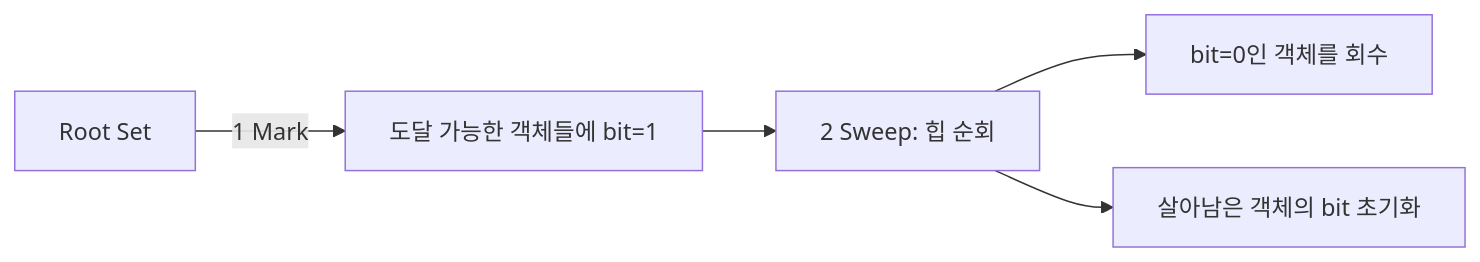
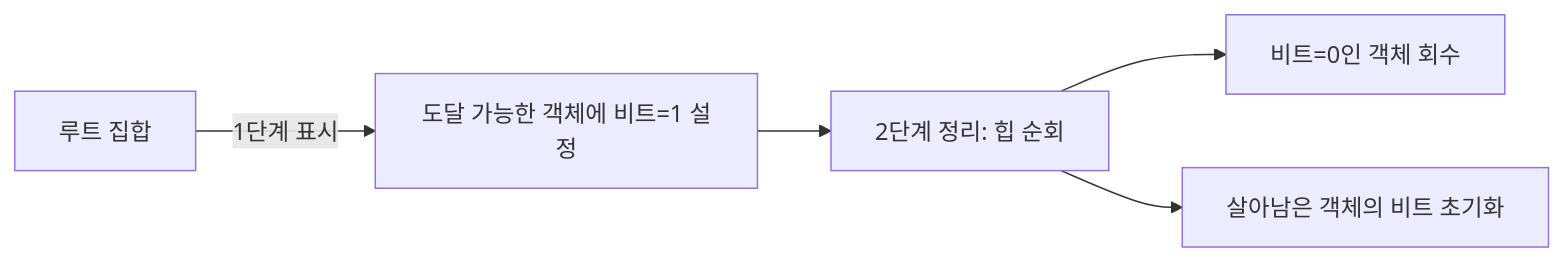
The diagram in docs/blog/concepts/18-gc-runtime-memory-management.md (Jungle-12-303/wk07_6), drawn with Mermaid before and after one commit. The commit also changed other lines of this file and 26 other files, not shown here.

First line of the commit message:
docs: 블로그 소제목·Mermaid·ASCII 박스 가독성 정비

````diff
--- a/docs/blog/concepts/18-gc-runtime-memory-management.md
+++ b/docs/blog/concepts/18-gc-runtime-memory-management.md
@@ -37,7 +37,7 @@
 ```mermaid
 flowchart LR
-    ROOT[Root Set] -->|1 Mark| ALIVE[도달 가능한 객체들에 bit=1]
-    ALIVE --> SWEEP[2 Sweep: 힙 순회]
-    SWEEP --> DEAD["bit=0인 객체를 회수"]
-    SWEEP --> RESET["살아남은 객체의 bit 초기화"]
+    ROOT[루트 집합] -->|1단계 표시| ALIVE[도달 가능한 객체에 비트=1 설정]
+    ALIVE --> SWEEP[2단계 정리: 힙 순회]
+    SWEEP --> DEAD["비트=0인 객체 회수"]
+    SWEEP --> RESET["살아남은 객체의 비트 초기화"]
 ```
````
